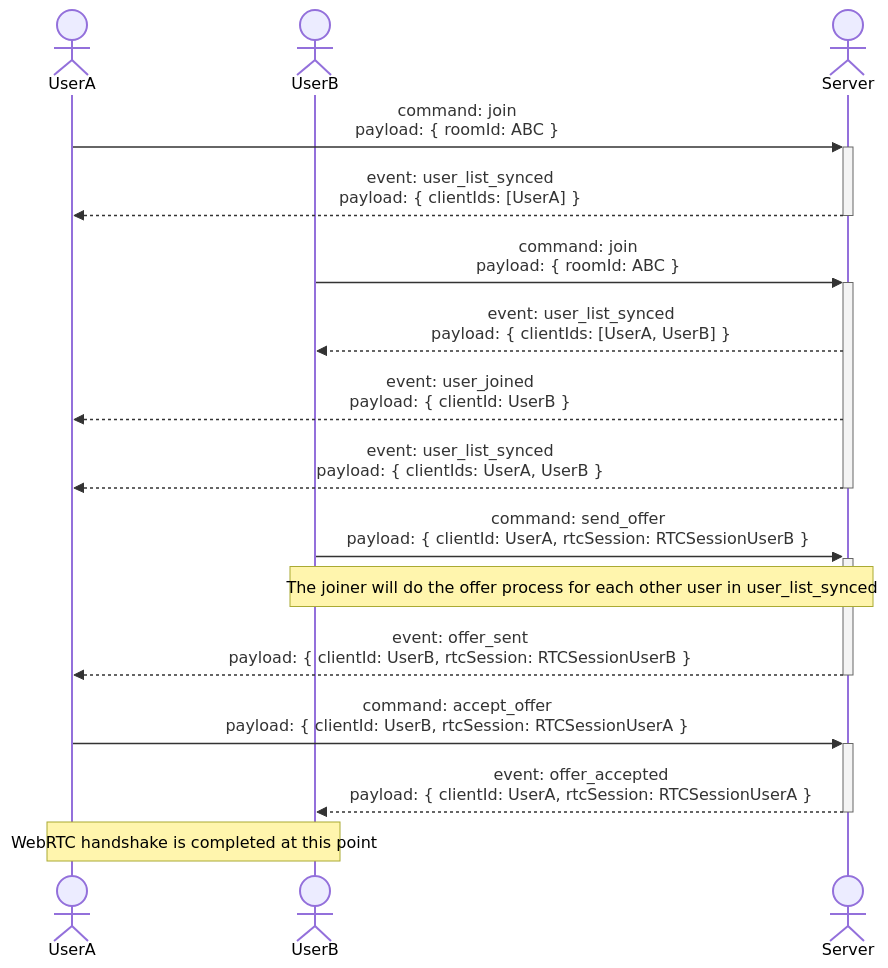
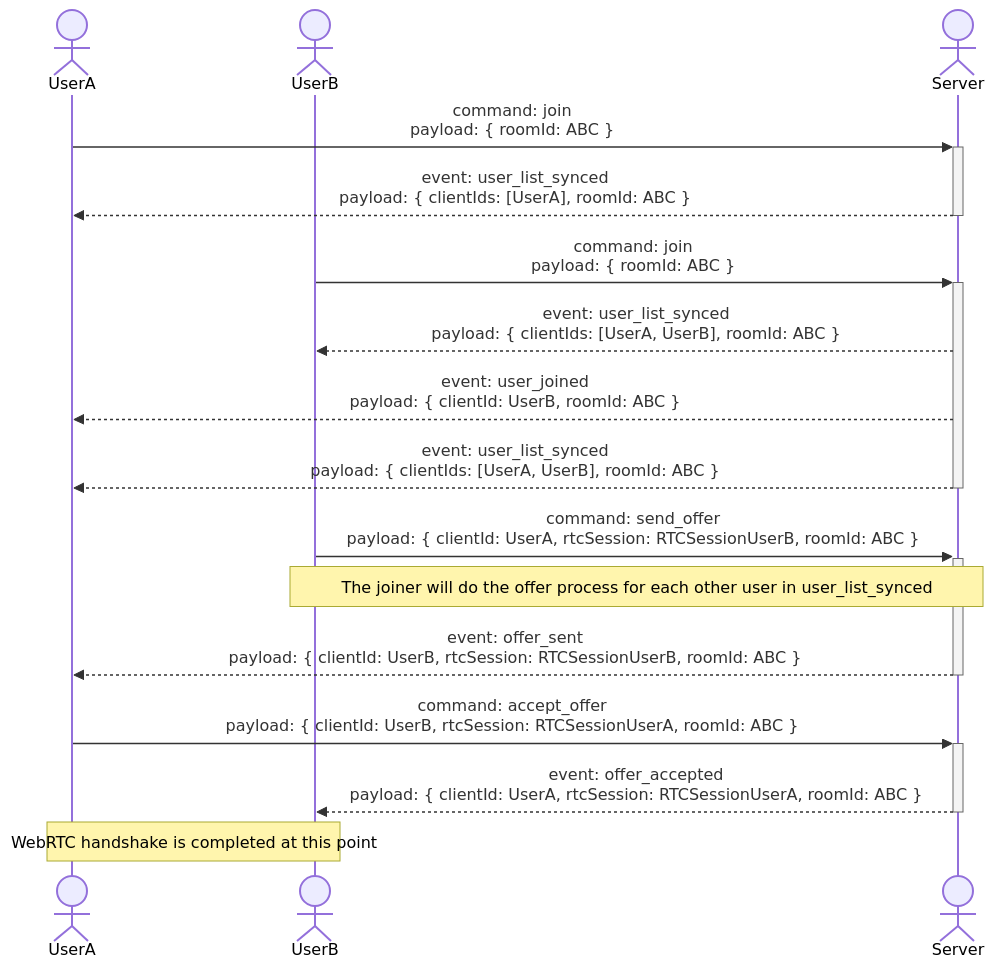
Before and after one commit to jonfelixrico/webrtc-poc: the diagram in be-nest/docs/index.md, drawn with Mermaid.

````diff
--- a/be-nest/docs/index.md
+++ b/be-nest/docs/index.md
@@ -3,19 +3,19 @@
 ```mermaid
 sequenceDiagram
     actor UserA
     actor UserB
     actor WS as Server
 
     UserA ->>+ WS: command: join<br>payload: { roomId: ABC }
-    WS -->>- UserA: event: user_list_synced<br>payload: { clientIds: [UserA] }
+    WS -->>- UserA: event: user_list_synced<br>payload: { clientIds: [UserA], roomId: ABC }
     UserB ->>+ WS: command: join<br>payload: { roomId: ABC }
-    WS -->> UserB: event: user_list_synced<br>payload: { clientIds: [UserA, UserB] }
-    WS -->> UserA: event: user_joined<br>payload: { clientId: UserB }
-    WS -->>- UserA: event: user_list_synced<br>payload: { clientIds: UserA, UserB }
-    UserB ->>+ WS: command: send_offer<br>payload: { clientId: UserA, rtcSession: RTCSessionUserB }
+    WS -->> UserB: event: user_list_synced<br>payload: { clientIds: [UserA, UserB], roomId: ABC }
+    WS -->> UserA: event: user_joined<br>payload: { clientId: UserB, roomId: ABC }
+    WS -->>- UserA: event: user_list_synced<br>payload: { clientIds: [UserA, UserB], roomId: ABC }
+    UserB ->>+ WS: command: send_offer<br>payload: { clientId: UserA, rtcSession: RTCSessionUserB, roomId: ABC }
     Note over UserB, WS: The joiner will do the offer process for each other user in user_list_synced
-    WS -->>- UserA: event: offer_sent<br>payload: { clientId: UserB, rtcSession: RTCSessionUserB }
-    UserA ->>+ WS: command: accept_offer<br>payload: { clientId: UserB, rtcSession: RTCSessionUserA }
-    WS -->>- UserB: event: offer_accepted<br>payload: { clientId: UserA, rtcSession: RTCSessionUserA }
+    WS -->>- UserA: event: offer_sent<br>payload: { clientId: UserB, rtcSession: RTCSessionUserB, roomId: ABC }
+    UserA ->>+ WS: command: accept_offer<br>payload: { clientId: UserB, rtcSession: RTCSessionUserA, roomId: ABC }
+    WS -->>- UserB: event: offer_accepted<br>payload: { clientId: UserA, rtcSession: RTCSessionUserA, roomId: ABC }
     Note over UserA, UserB: WebRTC handshake is completed at this point
 ```
````
